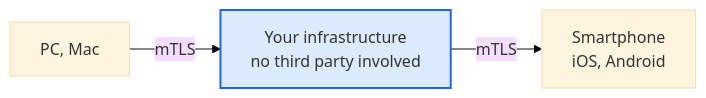
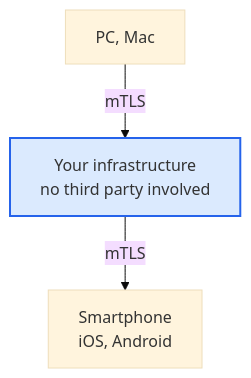
Before and after one commit to phraselock/PhraseLock-Bridge: the first of 7 diagrams in README.md, drawn with Mermaid (base theme). The commit also changed other lines of this file, not shown here.

Commit message:
Update drawings

````diff
--- a/README.md
+++ b/README.md
@@ -21,7 +21,7 @@
 ```mermaid
-flowchart LR
+flowchart TD
     PC[PC, Mac] -->|mTLS| Yours[Your infrastructure<br/>no third party involved]
     Yours -->|mTLS| Phone[Smartphone<br/>iOS, Android]
 
     style Yours fill:#dbeafe,stroke:#2563eb,stroke-width:2px
 ```
````
